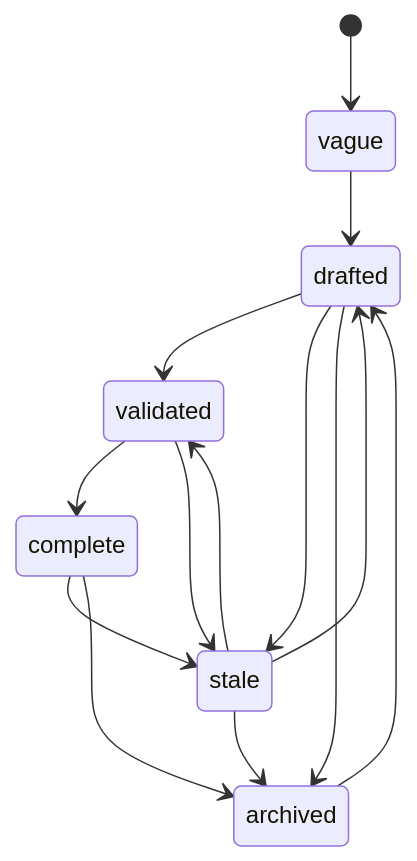
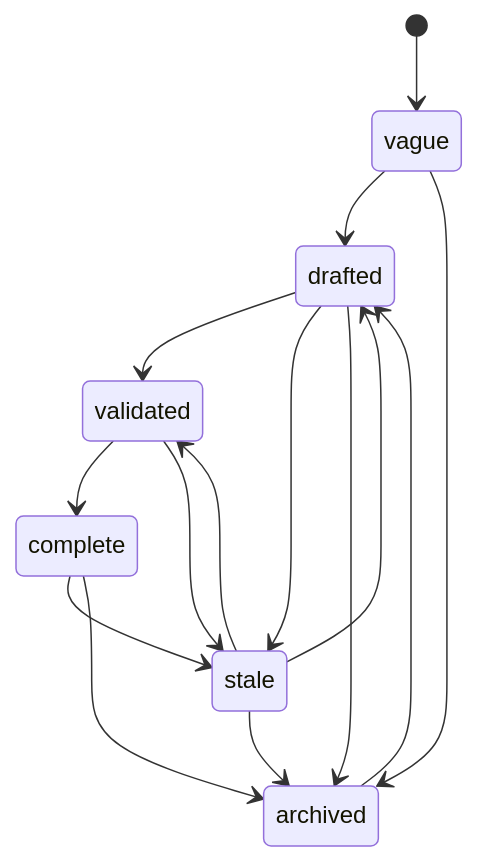
One commit to changkun/wallfacer changed the third of 3 diagrams in docs/guide/designing-specs.md. Above: the diagram before and after it, drawn with Mermaid. The commit also changed other lines of this file, not shown here.

````diff
--- a/docs/guide/designing-specs.md
+++ b/docs/guide/designing-specs.md
@@ -167,16 +167,17 @@
 ```mermaid
 stateDiagram-v2
   [*] --> vague
   vague --> drafted
+  vague --> archived
   drafted --> validated
   drafted --> stale
   drafted --> archived
   validated --> complete
   validated --> stale
   complete --> stale
   complete --> archived
   stale --> drafted
   stale --> validated
   stale --> archived
   archived --> drafted
 ```
````
